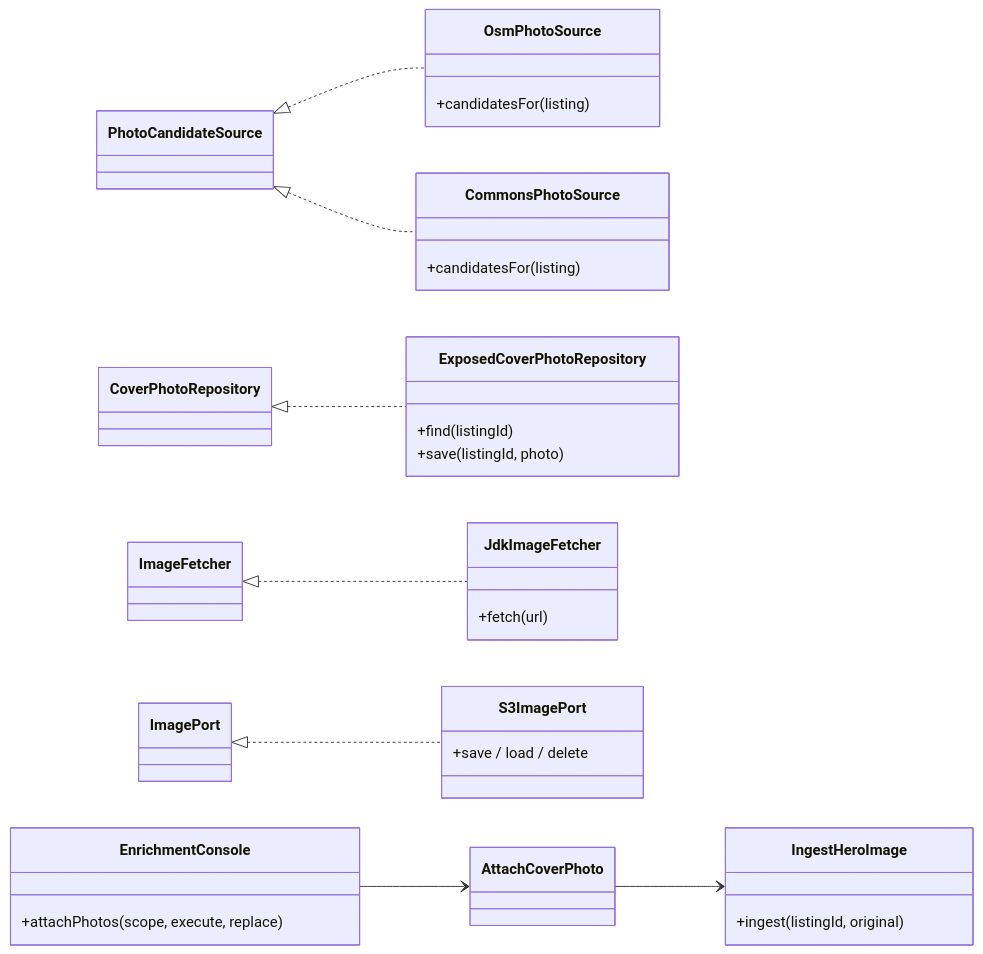
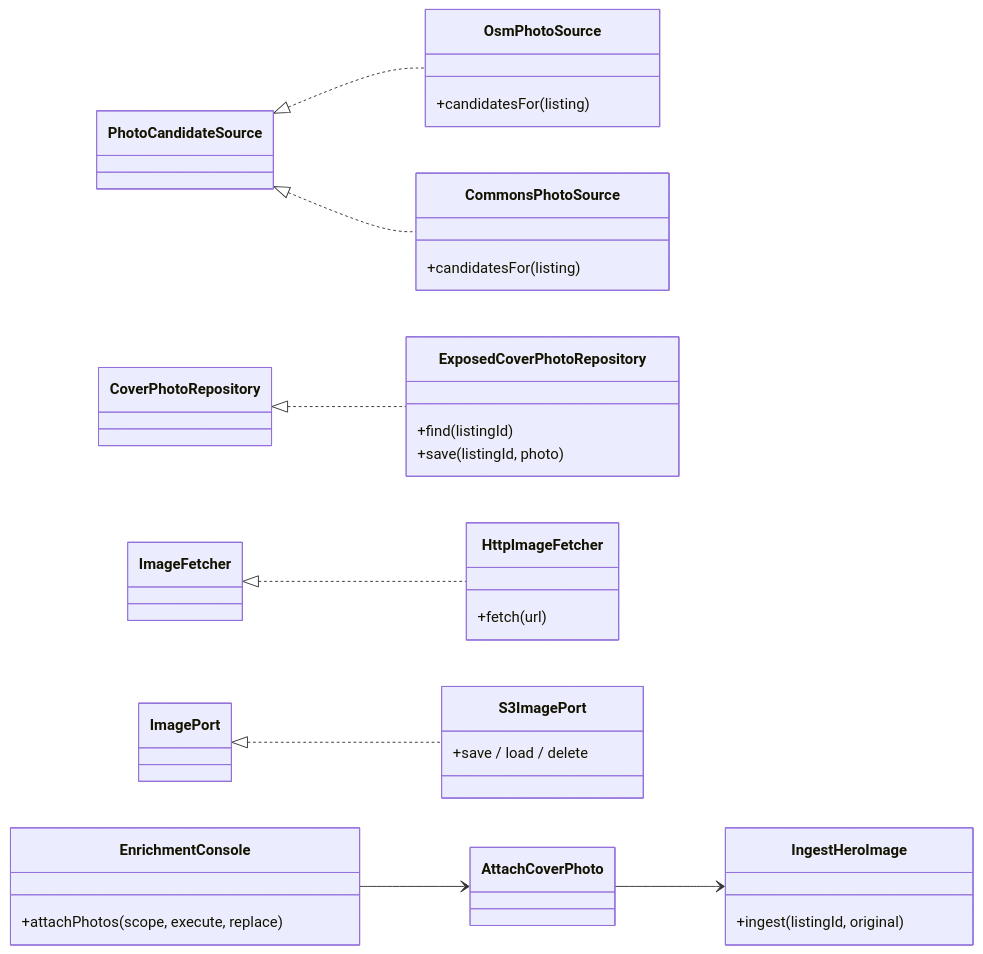
Before and after one commit to Losers-Lab/tahirs-list: the fourth of 4 diagrams in docs/features/SC-231/05-class-diagram-system.md, drawn with Mermaid. The commit also changed other lines of this file and 13 other files, not shown here.

````diff
--- a/docs/features/SC-231/05-class-diagram-system.md
+++ b/docs/features/SC-231/05-class-diagram-system.md
@@ -159,34 +164,34 @@
 ```mermaid
 classDiagram
   direction LR
   class EnrichmentConsole {
     +attachPhotos(scope, execute, replace)
   }
   class OsmPhotoSource {
     +candidatesFor(listing)
   }
   class CommonsPhotoSource {
     +candidatesFor(listing)
   }
   class ExposedCoverPhotoRepository {
     +find(listingId)
     +save(listingId, photo)
   }
-  class JdkImageFetcher {
+  class HttpImageFetcher {
     +fetch(url)
   }
   class S3ImagePort {
     +save / load / delete
   }
   class IngestHeroImage {
     +ingest(listingId, original)
   }
 
   EnrichmentConsole --> AttachCoverPhoto
   PhotoCandidateSource <|.. OsmPhotoSource
   PhotoCandidateSource <|.. CommonsPhotoSource
   CoverPhotoRepository <|.. ExposedCoverPhotoRepository
-  ImageFetcher <|.. JdkImageFetcher
+  ImageFetcher <|.. HttpImageFetcher
   ImagePort <|.. S3ImagePort
   AttachCoverPhoto --> IngestHeroImage
 ```
````
